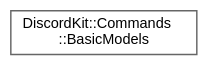
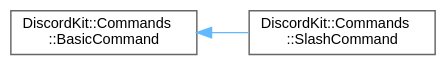
Before and after one commit to nikooozzz/DiscordKit: the diagram in inherit_graph_0.dot, drawn with Graphviz. The commit also changed 198 other files, not shown here.

Commit message:
Deploying to gh-pages from @ nikooozzz/DiscordKit@cfc273f1e1e5936f612e0feb3cd213875df90022 🚀

```diff
--- a/inherit_graph_0.dot
+++ b/inherit_graph_0.dot
@@ -1,9 +1,11 @@
 digraph "Graphical Class Hierarchy"
 {
  // LATEX_PDF_SIZE
   bgcolor="transparent";
   edge [fontname=Helvetica,fontsize=10,labelfontname=Helvetica,labelfontsize=10];
   node [fontname=Helvetica,fontsize=10,shape=box,height=0.2,width=0.4];
   rankdir="LR";
-  Node0 [id="Node000000",label="DiscordKit::Commands\l::BasicModels",height=0.2,width=0.4,color="grey40", fillcolor="white", style="filled",URL="$d0/dd2/classDiscordKit_1_1Commands_1_1BasicModels.html",tooltip=" "];
+  Node0 [id="Node000000",label="DiscordKit::Commands\l::BasicCommand",height=0.2,width=0.4,color="grey40", fillcolor="white", style="filled",URL="$d3/dd7/classDiscordKit_1_1Commands_1_1BasicCommand.html",tooltip=" "];
+  Node0 -> Node1 [id="edge1_Node000000_Node000001",dir="back",color="steelblue1",style="solid",tooltip=" "];
+  Node1 [id="Node000001",label="DiscordKit::Commands\l::SlashCommand",height=0.2,width=0.4,color="grey40", fillcolor="white", style="filled",URL="$d0/d29/classDiscordKit_1_1Commands_1_1SlashCommand.html",tooltip=" "];
 }
```
